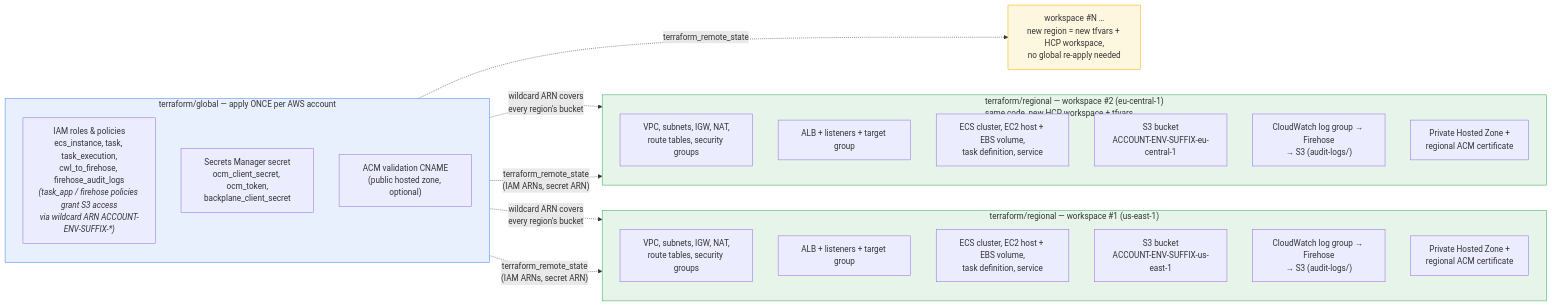
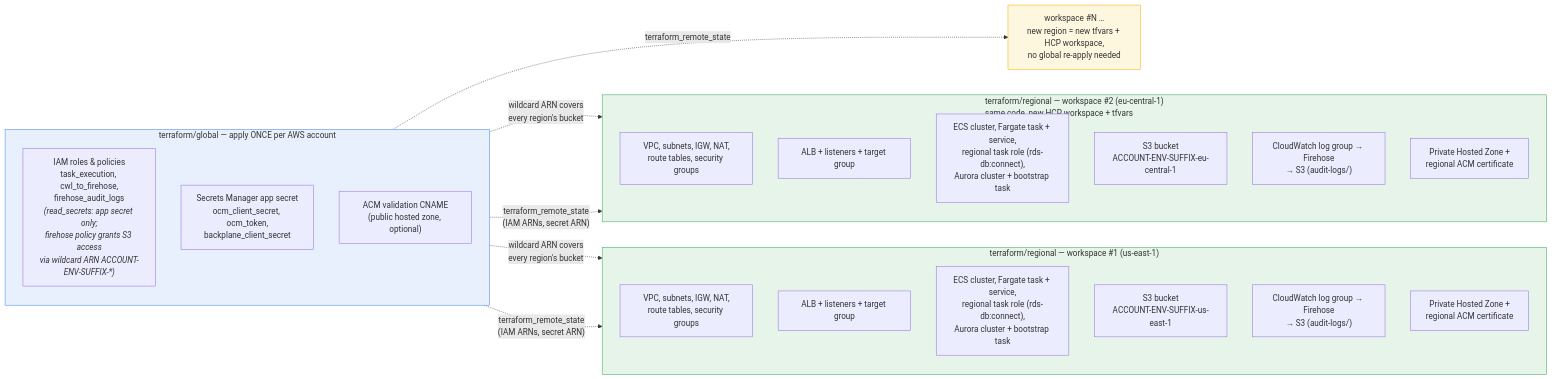
One commit to openshift-online/rosa-boundary changed the diagram in components/trusted-actions/docs/deployment.md. Above: the diagram before and after it, drawn with Mermaid. The commit also changed other lines of this file and 19 other files, not shown here.

````diff
--- a/components/trusted-actions/docs/deployment.md
+++ b/components/trusted-actions/docs/deployment.md
@@ -21,41 +21,41 @@
 ```mermaid
 flowchart LR
     subgraph GLOBAL["terraform/global — apply ONCE per AWS account"]
         direction TB
-        IAM["IAM roles & policies<br/>ecs_instance, task, task_execution,<br/>cwl_to_firehose, firehose_audit_logs<br/><i>(task_app / firehose policies grant S3 access<br/>via wildcard ARN ACCOUNT-ENV-SUFFIX-*)</i>"]
-        SECRETS["Secrets Manager secret<br/>ocm_client_secret, ocm_token,<br/>backplane_client_secret"]
+        IAM["IAM roles & policies<br/>task_execution, cwl_to_firehose,<br/>firehose_audit_logs<br/><i>(read_secrets: app secret only;<br/>firehose policy grants S3 access<br/>via wildcard ARN ACCOUNT-ENV-SUFFIX-*)</i>"]
+        SECRETS["Secrets Manager app secret<br/>ocm_client_secret, ocm_token,<br/>backplane_client_secret"]
         DNSG["ACM validation CNAME<br/>(public hosted zone, optional)"]
     end
     style GLOBAL fill:#e8f0fe,stroke:#4285f4
 
     subgraph R1["terraform/regional — workspace #1 (us-east-1)"]
         direction TB
         NET1["VPC, subnets, IGW, NAT,<br/>route tables, security groups"]
         ALB1["ALB + listeners + target group"]
-        ECS1["ECS cluster, EC2 host + EBS volume,<br/>task definition, service"]
+        ECS1["ECS cluster, Fargate task + service,<br/>regional task role (rds-db:connect),<br/>Aurora cluster + bootstrap task"]
         S31["S3 bucket<br/>ACCOUNT-ENV-SUFFIX-us-east-1"]
         AUDIT1["CloudWatch log group → Firehose<br/>→ S3 (audit-logs/)"]
         DNS1["Private Hosted Zone +<br/>regional ACM certificate"]
     end
     style R1 fill:#e6f4ea,stroke:#34a853
 
     subgraph R2["terraform/regional — workspace #2 (eu-central-1)<br/>same code, new HCP workspace + tfvars"]
         direction TB
         NET2["VPC, subnets, IGW, NAT,<br/>route tables, security groups"]
         ALB2["ALB + listeners + target group"]
-        ECS2["ECS cluster, EC2 host + EBS volume,<br/>task definition, service"]
+        ECS2["ECS cluster, Fargate task + service,<br/>regional task role (rds-db:connect),<br/>Aurora cluster + bootstrap task"]
         S32["S3 bucket<br/>ACCOUNT-ENV-SUFFIX-eu-central-1"]
         AUDIT2["CloudWatch log group → Firehose<br/>→ S3 (audit-logs/)"]
         DNS2["Private Hosted Zone +<br/>regional ACM certificate"]
     end
     style R2 fill:#e6f4ea,stroke:#34a853
 
     R3["workspace #N …<br/>new region = new tfvars + HCP workspace,<br/>no global re-apply needed"]
     style R3 fill:#fef7e0,stroke:#f9ab00
 
     GLOBAL -. "terraform_remote_state<br/>(IAM ARNs, secret ARN)" .-> R1
     GLOBAL -. "terraform_remote_state<br/>(IAM ARNs, secret ARN)" .-> R2
     GLOBAL -. "terraform_remote_state" .-> R3
     IAM -. "wildcard ARN covers<br/>every region's bucket" .-> S31
     IAM -. "wildcard ARN covers<br/>every region's bucket" .-> S32
 ```
````
